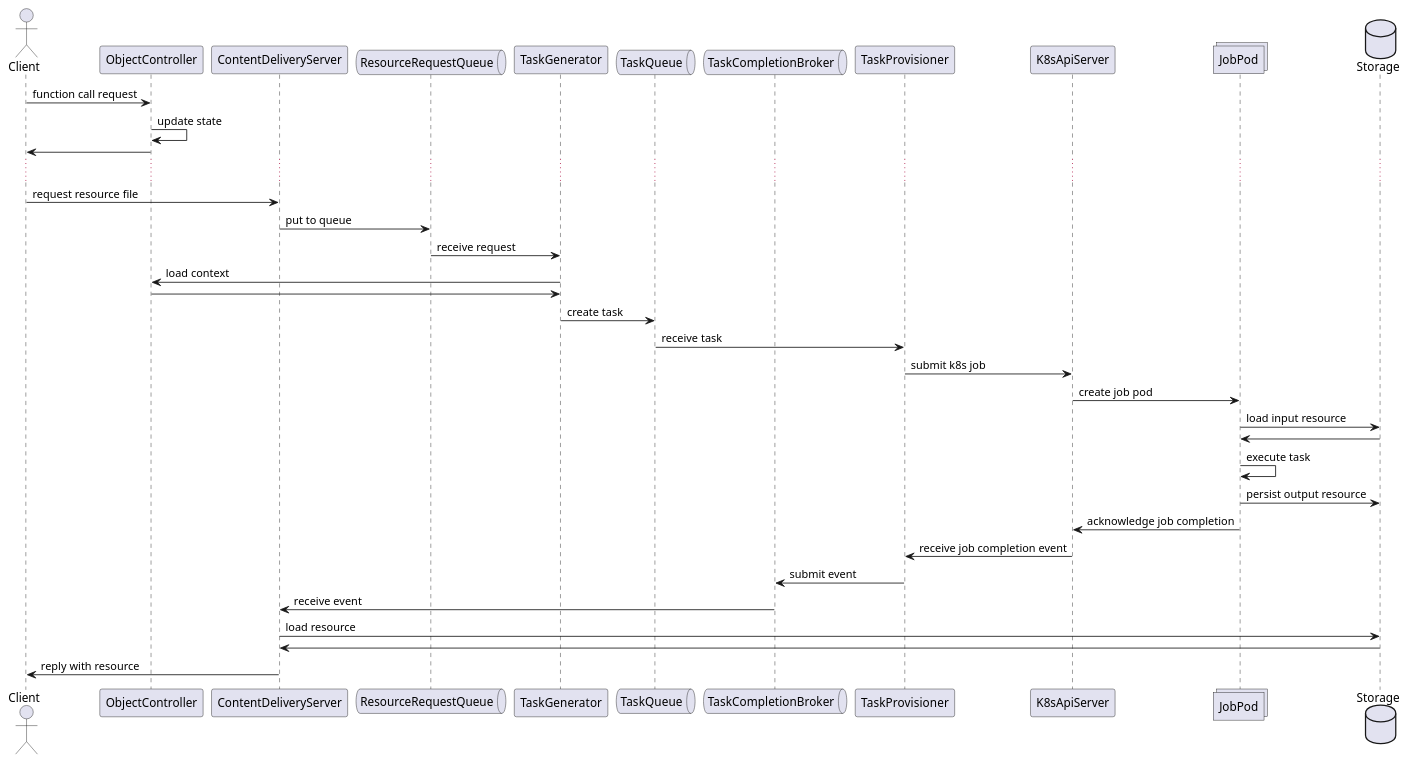
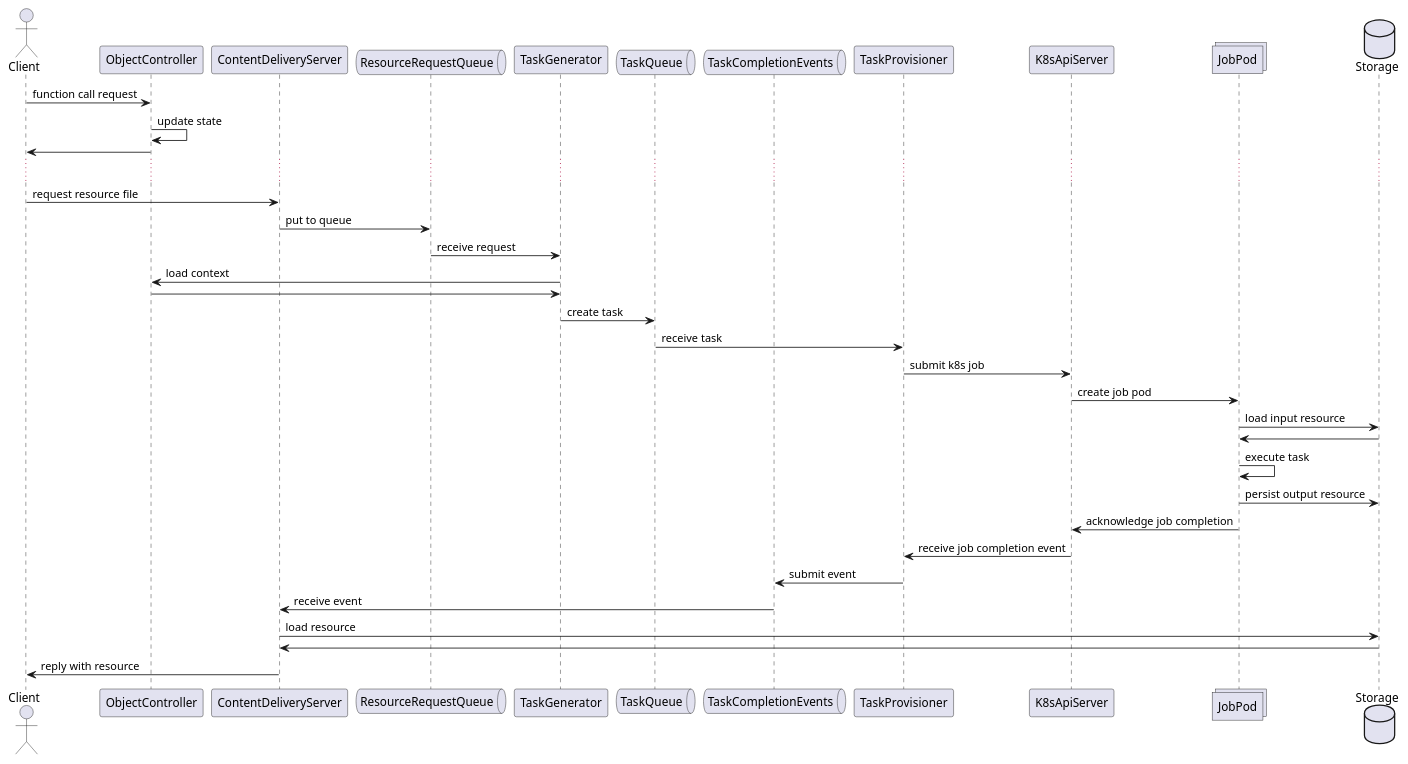
The diagram in doc/diagrams/oaas_reactive_flow.puml (hpcclab/OaaS), drawn with PlantUML before and after one commit. The commit also changed 2 other files, not shown here.

Commit message:
Update diagrams

```diff
--- a/doc/diagrams/oaas_reactive_flow.puml
+++ b/doc/diagrams/oaas_reactive_flow.puml
@@ -1,42 +1,42 @@
 @startuml
 'https://plantuml.com/sequence-diagram
 
 
 actor Client
 participant ObjectController
 participant ContentDeliveryServer
 queue ResourceRequestQueue
 participant TaskGenerator
 queue TaskQueue
-queue TaskCompletionBroker
+queue TaskCompletionEvents
 participant TaskProvisioner
 participant K8sApiServer
 collections JobPod
 database Storage
 
 
 Client -> ObjectController: function call request
 ObjectController -> ObjectController: update state
 ObjectController -> Client:
 ...
 Client -> ContentDeliveryServer: request resource file
 ContentDeliveryServer -> ResourceRequestQueue: put to queue
 ResourceRequestQueue -> TaskGenerator: receive request
 TaskGenerator -> ObjectController: load context
 ObjectController -> TaskGenerator:
 TaskGenerator -> TaskQueue: create task
 TaskQueue -> TaskProvisioner: receive task
 TaskProvisioner -> K8sApiServer: submit k8s job
 K8sApiServer -> JobPod: create job pod
 JobPod -> Storage: load input resource
 Storage -> JobPod
 JobPod -> JobPod: execute task
 JobPod -> Storage: persist output resource
 JobPod -> K8sApiServer: acknowledge job completion
 K8sApiServer -> TaskProvisioner: receive job completion event
-TaskProvisioner -> TaskCompletionBroker: submit event
-TaskCompletionBroker -> ContentDeliveryServer: receive event
+TaskProvisioner -> TaskCompletionEvents: submit event
+TaskCompletionEvents -> ContentDeliveryServer: receive event
 ContentDeliveryServer -> Storage: load resource
 Storage -> ContentDeliveryServer:
 ContentDeliveryServer -> Client: reply with resource
 @enduml
```
